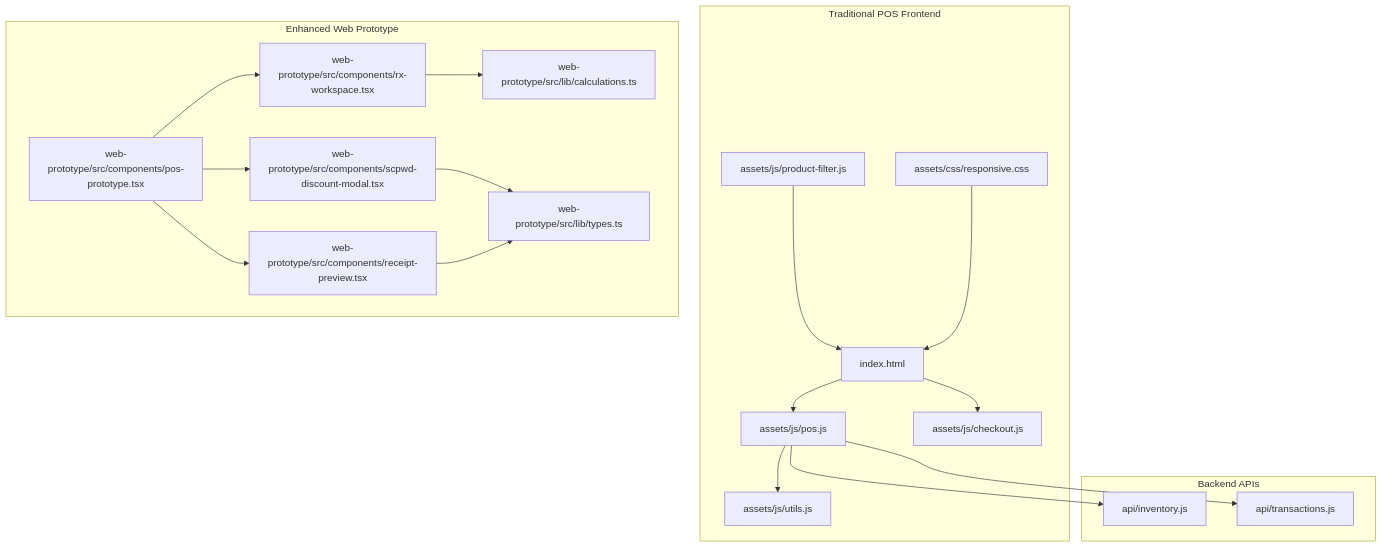
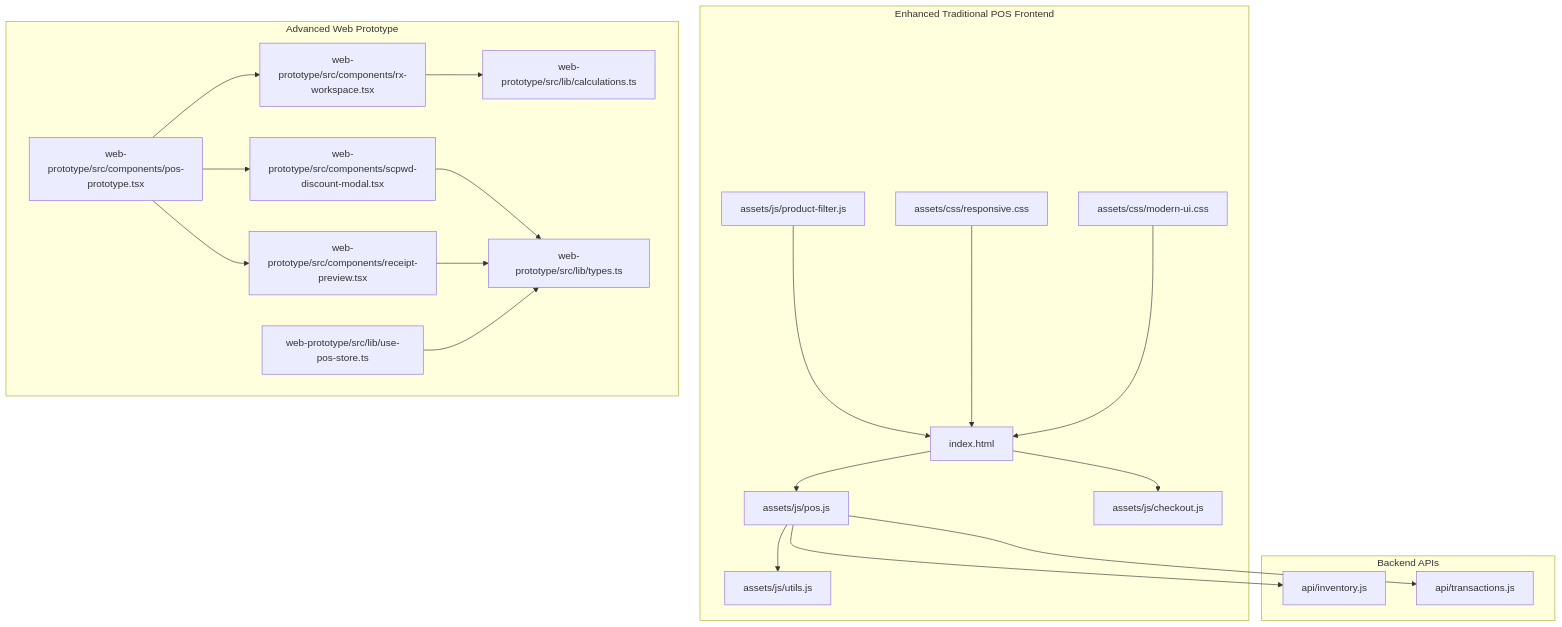
The first of 8 diagrams in .qoder/repowiki/en/content/Frontend Interface/Point-of-Sale Interface.md (yosefdc7/PharmaPOS), drawn with Mermaid before and after one commit. The commit also changed other lines of this file and 103 other files, not shown here.

Commit message:
Recenter web-prototype on IndexedDB

````diff
--- a/.qoder/repowiki/en/content/Frontend Interface/Point-of-Sale Interface.md
+++ b/.qoder/repowiki/en/content/Frontend Interface/Point-of-Sale Interface.md
@@ -59,36 +63,40 @@
 ```mermaid
 graph TB
-subgraph "Traditional POS Frontend"
+subgraph "Enhanced Traditional POS Frontend"
 HTML["index.html"]
 POS["assets/js/pos.js"]
 Checkout["assets/js/checkout.js"]
 Utils["assets/js/utils.js"]
 Filter["assets/js/product-filter.js"]
 Responsive["assets/css/responsive.css"]
+ModernUI["assets/css/modern-ui.css"]
 end
-subgraph "Enhanced Web Prototype"
+subgraph "Advanced Web Prototype"
 PosProto["web-prototype/src/components/pos-prototype.tsx"]
 RxWorkspace["web-prototype/src/components/rx-workspace.tsx"]
 ScPwdModal["web-prototype/src/components/scpwd-discount-modal.tsx"]
 ReceiptPreview["web-prototype/src/components/receipt-preview.tsx"]
+UsePosStore["web-prototype/src/lib/use-pos-store.ts"]
+Types["web-prototype/src/lib/types.ts"]
 Calculations["web-prototype/src/lib/calculations.ts"]
-Types["web-prototype/src/lib/types.ts"]
 end
 subgraph "Backend APIs"
 Inventory["api/inventory.js"]
 Transactions["api/transactions.js"]
 end
 HTML --> POS
 HTML --> Checkout
 POS --> Inventory
 POS --> Transactions
 POS --> Utils
 Filter --> HTML
 Responsive --> HTML
+ModernUI --> HTML
 PosProto --> RxWorkspace
 PosProto --> ScPwdModal
 PosProto --> ReceiptPreview
 RxWorkspace --> Calculations
 ScPwdModal --> Types
 ReceiptPreview --> Types
+UsePosStore --> Types
 ```
````
